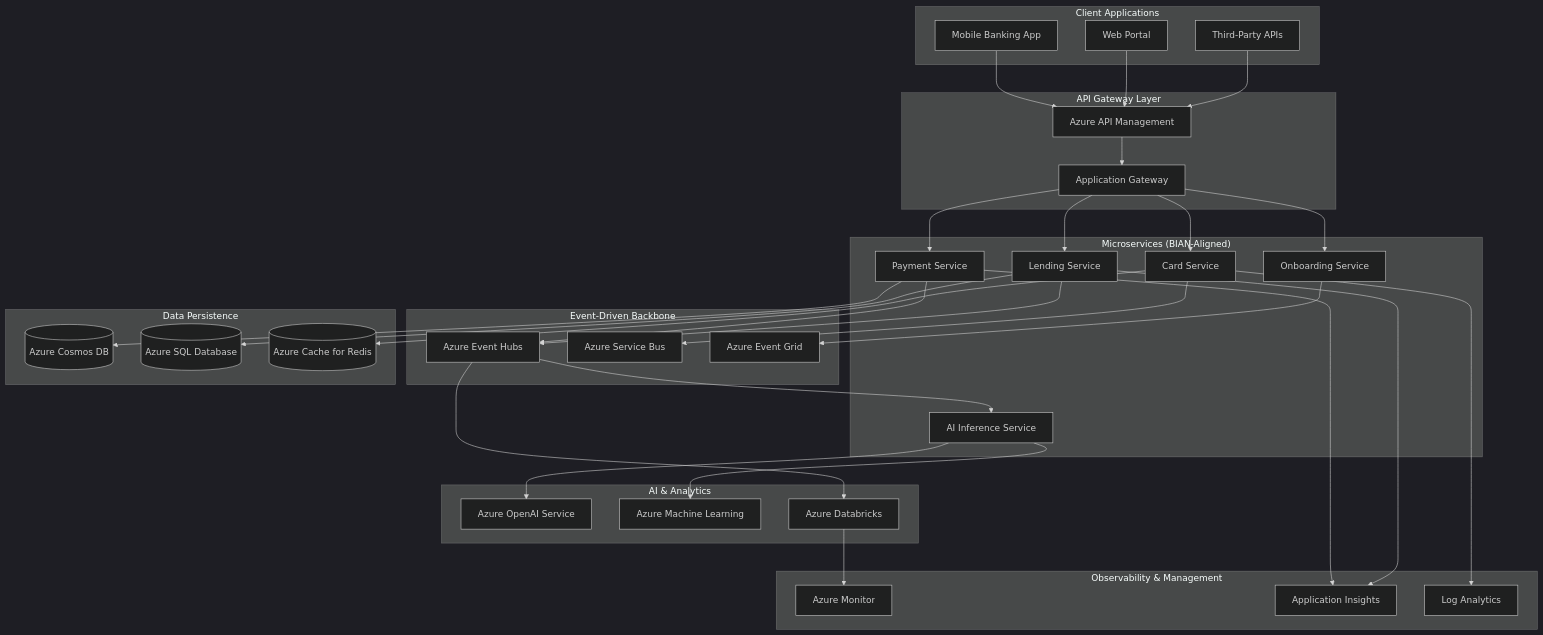
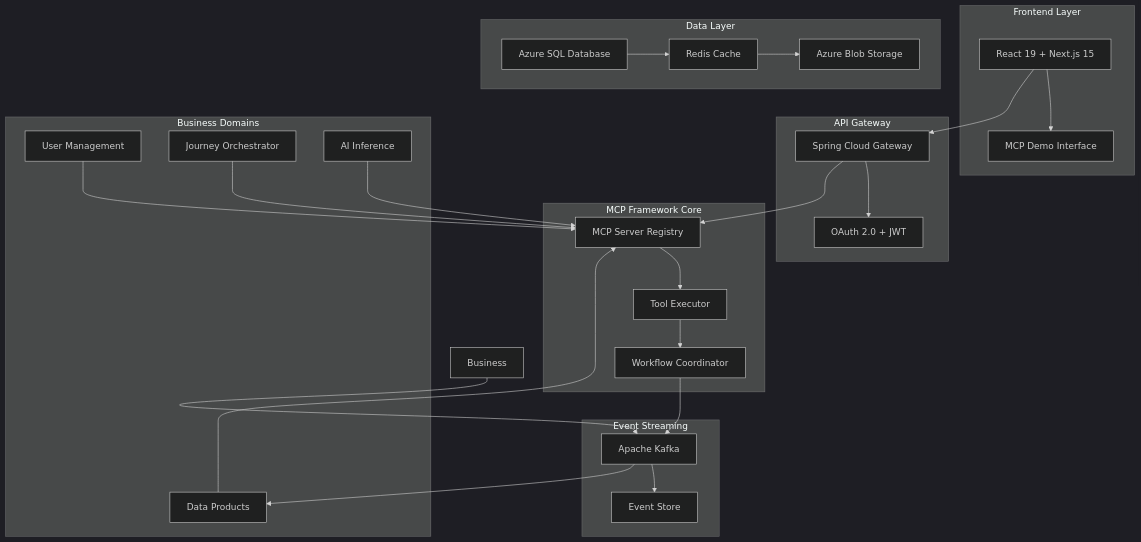
Before and after one commit to calvinlee999/react_next_java_journey: the first of 5 diagrams in README.md, drawn with Mermaid (dark theme). The commit also changed other lines of this file and 26 other files, not shown here.

First line of the commit message:
feat: Complete MCP FinTech Platform with Comprehensive Architecture Documentation

````diff
--- a/README.md
+++ b/README.md
@@ -407,74 +20,57 @@
 ```mermaid
 graph TB
-    subgraph "Client Applications"
-        Mobile[Mobile Banking App]
-        Web[Web Portal]
-        API[Third-Party APIs]
+    subgraph "Frontend Layer"
+        UI[React 19 + Next.js 15]
+        Demo[MCP Demo Interface]
+        UI --> Demo
     end
     
-    subgraph "API Gateway Layer"
-        APIM[Azure API Management]
-        Gateway[Application Gateway]
+    subgraph "API Gateway"
+        Gateway[Spring Cloud Gateway]
+        Auth[OAuth 2.0 + JWT]
+        Gateway --> Auth
     end
     
-    subgraph "Microservices (BIAN-Aligned)"
-        PaymentSvc[Payment Service]
-        LendingSvc[Lending Service]
-        CardSvc[Card Service]
-        OnboardSvc[Onboarding Service]
-        AISvc[AI Inference Service]
+    subgraph "MCP Framework Core"
+        Registry[MCP Server Registry]
+        Executor[Tool Executor]
+        Coordinator[Workflow Coordinator]
+        
+        Registry --> Executor
+        Executor --> Coordinator
     end
     
-    subgraph "Event-Driven Backbone"
-        EventHub[Azure Event Hubs]
-        ServiceBus[Azure Service Bus]
-        EventGrid[Azure Event Grid]
+    subgraph "Business Domains"
+        User[User Management]
+        Journey[Journey Orchestrator]
+        AI[AI Inference]
+        Data[Data Products]
+        
+        User --> Registry
+        Journey --> Registry
+        AI --> Registry
+        Data --> Registry
     end
     
-    subgraph "Data Persistence"
-        CosmosDB[(Azure Cosmos DB)]
-        SQLDb[(Azure SQL Database)]
-        Redis[(Azure Cache for Redis)]
+    subgraph "Event Streaming"
+        Kafka[Apache Kafka]
+        Events[Event Store]
+        
+        Kafka --> Events
     end
     
-    subgraph "AI & Analytics"
-        OpenAI[Azure OpenAI Service]
-        ML[Azure Machine Learning]
-        Databricks[Azure Databricks]
+    subgraph "Data Layer"
+        Azure[Azure SQL Database]
+        Redis[Redis Cache]
+        Blob[Azure Blob Storage]
+        
+        Azure --> Redis
+        Redis --> Blob
     end
     
-    subgraph "Observability & Management"
-        Monitor[Azure Monitor]
-        AppInsights[Application Insights]
-        LogAnalytics[Log Analytics]
-    end
-    
-    Mobile --> APIM
-    Web --> APIM
-    API --> APIM
-    APIM --> Gateway
-    Gateway --> PaymentSvc
-    Gateway --> LendingSvc
-    Gateway --> CardSvc
-    Gateway --> OnboardSvc
-    
-    PaymentSvc --> EventHub
-    LendingSvc --> EventHub
-    CardSvc --> ServiceBus
-    OnboardSvc --> EventGrid
-    
-    EventHub --> AISvc
-    AISvc --> OpenAI
-    AISvc --> ML
-    
-    PaymentSvc --> CosmosDB
-    LendingSvc --> SQLDb
-    CardSvc --> Redis
-    
-    EventHub --> Databricks
-    Databricks --> Monitor
-    
-    PaymentSvc --> AppInsights
-    LendingSvc --> AppInsights
-    CardSvc --> LogAnalytics
+    UI --> Gateway
+    Gateway --> Registry
+    Coordinator --> Kafka
+    Business --> Kafka
+    Kafka --> Data
 ```
````
